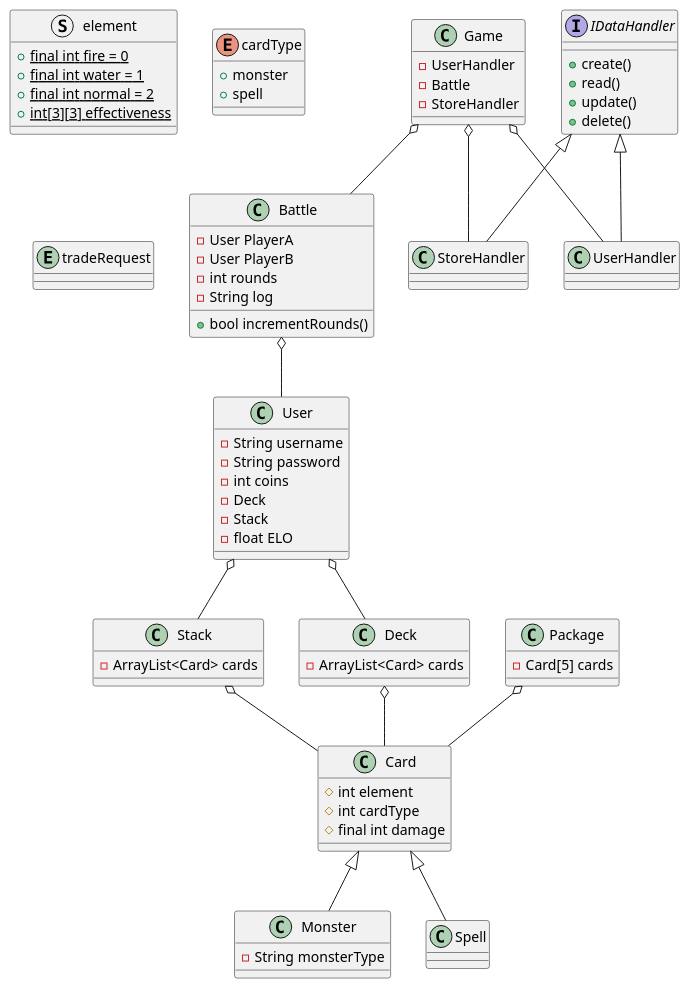
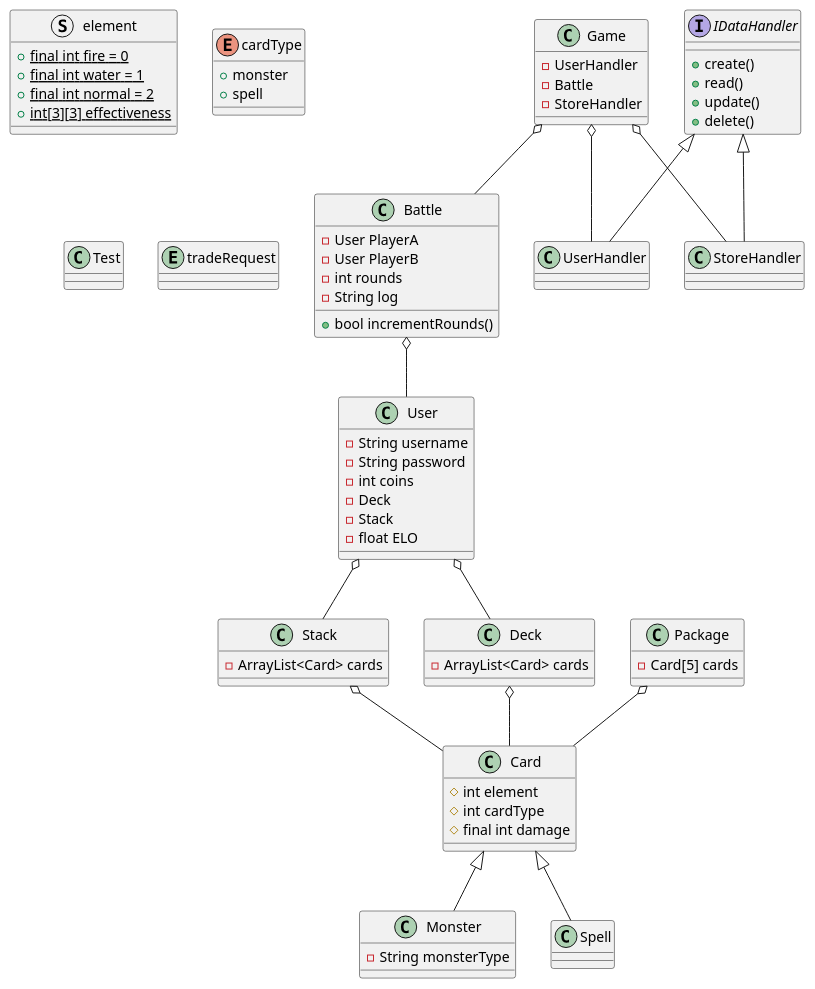
The diagram in diagrams/classdiagram.puml (smoothjass/SWEN1), drawn with PlantUML before and after one commit.

Commit message:
testclass in puml

```diff
--- a/diagrams/classdiagram.puml
+++ b/diagrams/classdiagram.puml
@@ -1,73 +1,74 @@
 @startuml
  class Game{
     -UserHandler
     -Battle
     -StoreHandler
  }
  Game o-- UserHandler
  Game o-- Battle
  Game o-- StoreHandler
  class Battle{
  -User PlayerA
  -User PlayerB
  -int rounds
  -String log
  +bool incrementRounds()
  }
  Battle o-- User
  class StoreHandler{}
  class User{
     -String username
     -String password
     -int coins
     -Deck
     -Stack
     -float ELO
  }
  User o-- Deck
  User o-- Stack
  struct element{
     +{static} final int fire = 0
     +{static} final int water = 1
     +{static} final int normal = 2
     +{static} int[3][3] effectiveness
  }
  enum cardType{
     +monster
     +spell
  }
+ class Test{}
  entity tradeRequest{}
  interface IDataHandler{
     +create()
     +read()
     +update()
     +delete()
  }
  class UserHandler{}
  IDataHandler <|-- UserHandler
  IDataHandler <|-- StoreHandler
  class Card {
     #int element
     #int cardType
     #final int damage
  }
  class Monster{
     -String monsterType
  }
  class Spell{}
  Card <|-- Monster
  Card <|-- Spell
  class Stack{
     -ArrayList<Card> cards
  }
  class Deck{
     -ArrayList<Card> cards
  }
  class Package{
     -Card[5] cards
  }
  Stack o-- Card
  Deck o-- Card
  Package o-- Card
 
 @enduml
```
